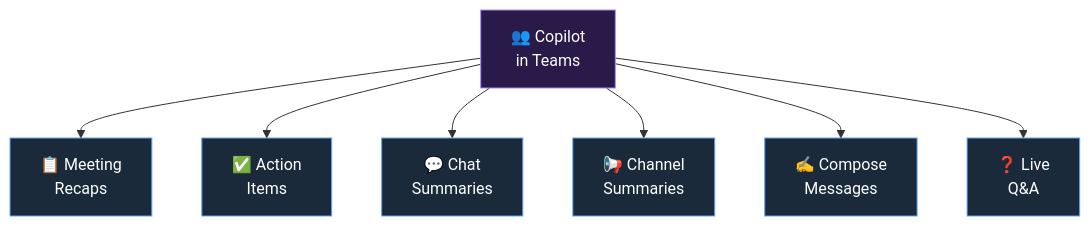
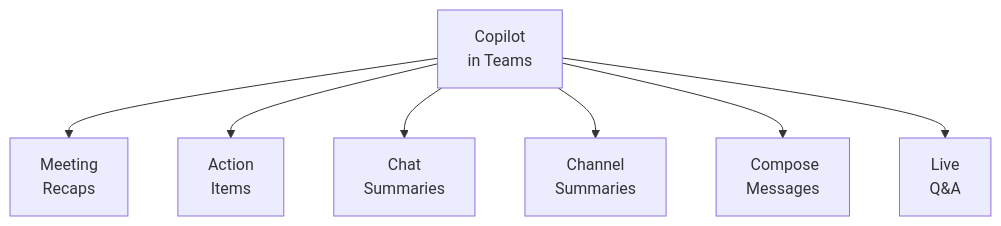
Before and after one commit to susanthgit/aguidetocloud-revamp: the fifth of 6 diagrams in content/blog/microsoft-365-copilot-licensed-complete-guide-for-trainers.md, drawn with Mermaid. The commit also changed other lines of this file and 553 other files, not shown here.

First line of the commit message:
🌸 Z17: Zen Mermaid diagrams — Stripe Docs style

````diff
--- a/content/blog/microsoft-365-copilot-licensed-complete-guide-for-trainers.md
+++ b/content/blog/microsoft-365-copilot-licensed-complete-guide-for-trainers.md
@@ -423,16 +390,9 @@
 ```mermaid
 flowchart TD
-    A["👥 Copilot<br/>in Teams"] --> B["📋 Meeting<br/>Recaps"]
-    A --> C["✅ Action<br/>Items"]
-    A --> D["💬 Chat<br/>Summaries"]
-    A --> E["📢 Channel<br/>Summaries"]
-    A --> F["✍️ Compose<br/>Messages"]
-    A --> G["❓ Live<br/>Q&A"]
-    style A fill:#2a1a4a,stroke:#A78BFA,color:#ffffff
-    style B fill:#1a2a3a,stroke:#60A5FA,color:#ffffff
-    style C fill:#1a2a3a,stroke:#60A5FA,color:#ffffff
-    style D fill:#1a2a3a,stroke:#60A5FA,color:#ffffff
-    style E fill:#1a2a3a,stroke:#60A5FA,color:#ffffff
-    style F fill:#1a2a3a,stroke:#60A5FA,color:#ffffff
-    style G fill:#1a2a3a,stroke:#60A5FA,color:#ffffff
+    A["Copilot<br/>in Teams"] --> B["Meeting<br/>Recaps"]
+    A --> C["Action<br/>Items"]
+    A --> D["Chat<br/>Summaries"]
+    A --> E["Channel<br/>Summaries"]
+    A --> F["️ Compose<br/>Messages"]
+    A --> G["Live<br/>Q&A"]
 ```
````
